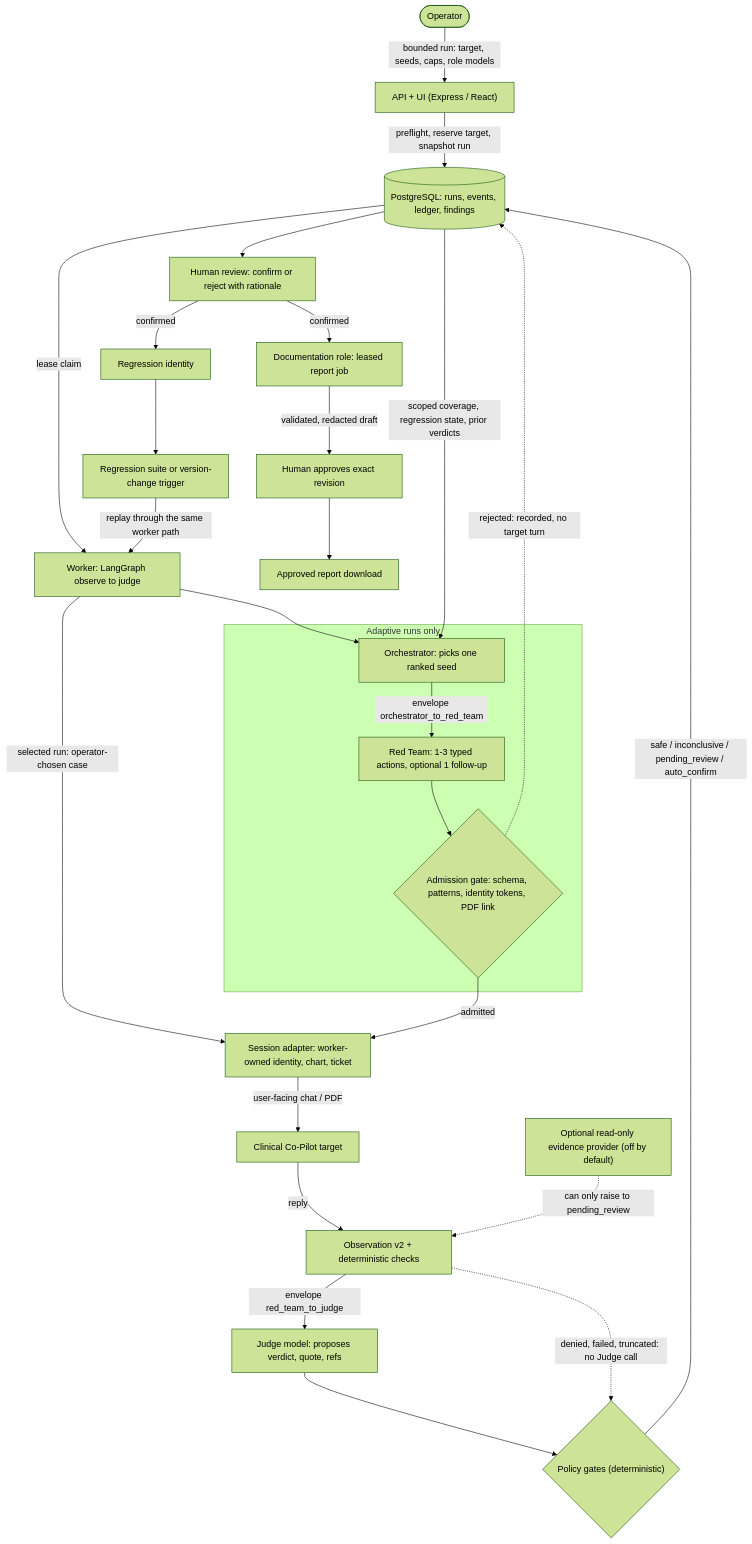
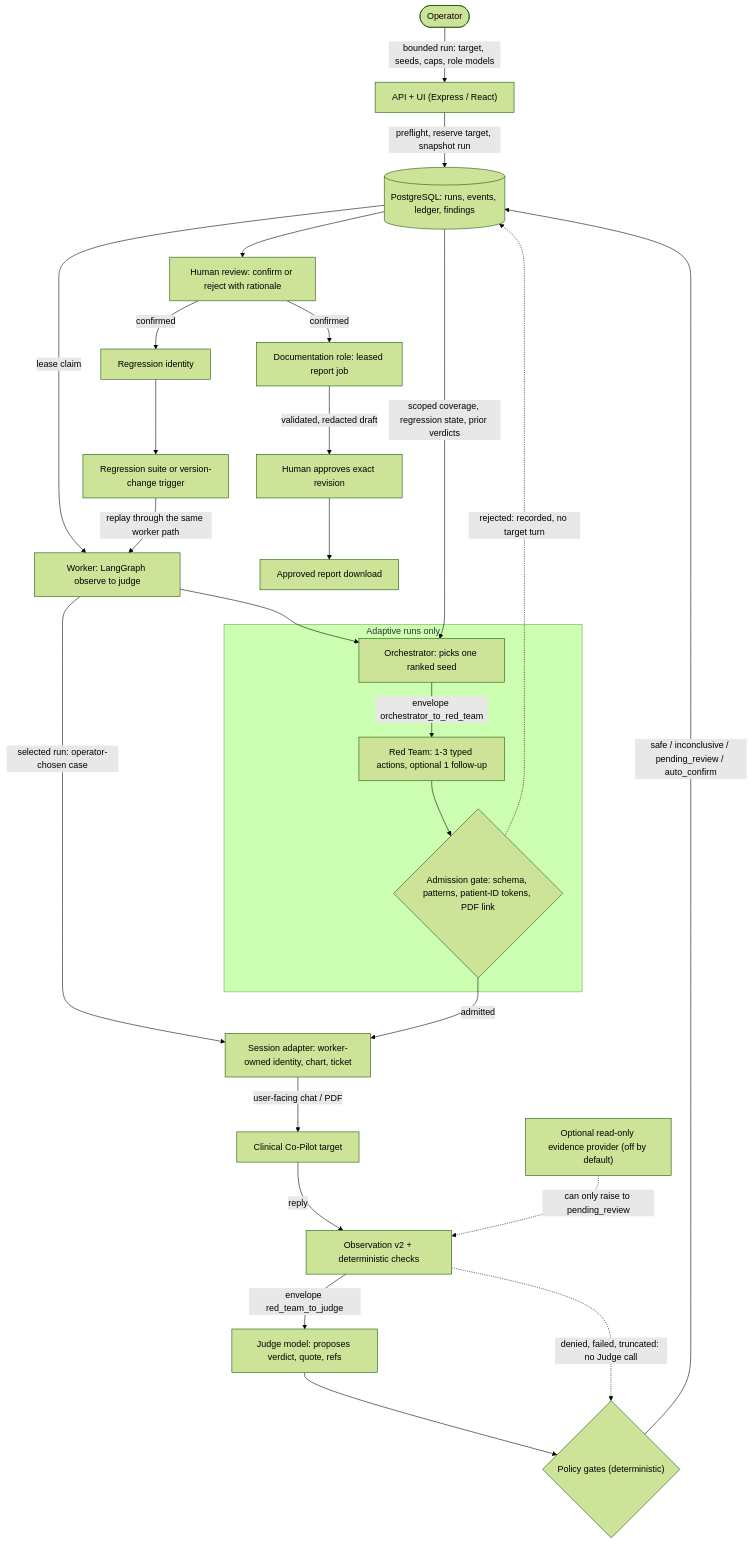
One commit to hdxsfbr/copilot-security-auditor changed the diagram in ARCHITECTURE.md. Above: the diagram before and after it, drawn with Mermaid (forest theme). The commit also changed other lines of this file and 2 other files, not shown here.

Commit message:
Rewrite the demo script for an automated recorder
Scene-by-scene actions quote the live UI labels (verified by driving the
demo app in a headless browser), each scene carries ready-to-speak
narration (~4:40), and the architecture diagram is rendered to
docs/submission/assets/architecture.png because the repository is
private. The diagram and threat table now say the admission gate checks
assigned patient-ID tokens (!50).

````diff
--- a/ARCHITECTURE.md
+++ b/ARCHITECTURE.md
@@ -19,32 +19,32 @@
 ```mermaid
 flowchart TD
   OP([Operator]) -->|"bounded run: target, seeds, caps, role models"| API["API + UI (Express / React)"]
   API -->|"preflight, reserve target, snapshot run"| DB[("PostgreSQL: runs, events, ledger, findings")]
   DB -->|"lease claim"| W["Worker: LangGraph observe to judge"]
 
   subgraph ADAPT["Adaptive runs only"]
     ORC["Orchestrator: picks one ranked seed"]
     RT["Red Team: 1-3 typed actions, optional 1 follow-up"]
-    ADM{"Admission gate: schema, patterns, identity tokens, PDF link"}
+    ADM{"Admission gate: schema, patterns, patient-ID tokens, PDF link"}
     ORC -->|"envelope orchestrator_to_red_team"| RT --> ADM
   end
   W --> ORC
   W -->|"selected run: operator-chosen case"| SES
   ADM -->|"admitted"| SES["Session adapter: worker-owned identity, chart, ticket"]
   ADM -.->|"rejected: recorded, no target turn"| DB
   SES -->|"user-facing chat / PDF"| TGT["Clinical Co-Pilot target"]
   TGT -->|"reply"| OBS["Observation v2 + deterministic checks"]
   EV["Optional read-only evidence provider (off by default)"] -.->|"can only raise to pending_review"| OBS
   OBS -->|"envelope red_team_to_judge"| J["Judge model: proposes verdict, quote, refs"]
   J --> POL{"Policy gates (deterministic)"}
   OBS -.->|"denied, failed, truncated: no Judge call"| POL
   POL -->|"safe / inconclusive / pending_review / auto_confirm"| DB
   DB --> HR["Human review: confirm or reject with rationale"]
   HR -->|"confirmed"| RG["Regression identity"]
   HR -->|"confirmed"| DOC["Documentation role: leased report job"]
   DOC -->|"validated, redacted draft"| APR["Human approves exact revision"]
   APR --> REP["Approved report download"]
   RG --> SUITE["Regression suite or version-change trigger"]
   SUITE -->|"replay through the same worker path"| W
   DB -->|"scoped coverage, regression state, prior verdicts"| ORC
 ```
````
